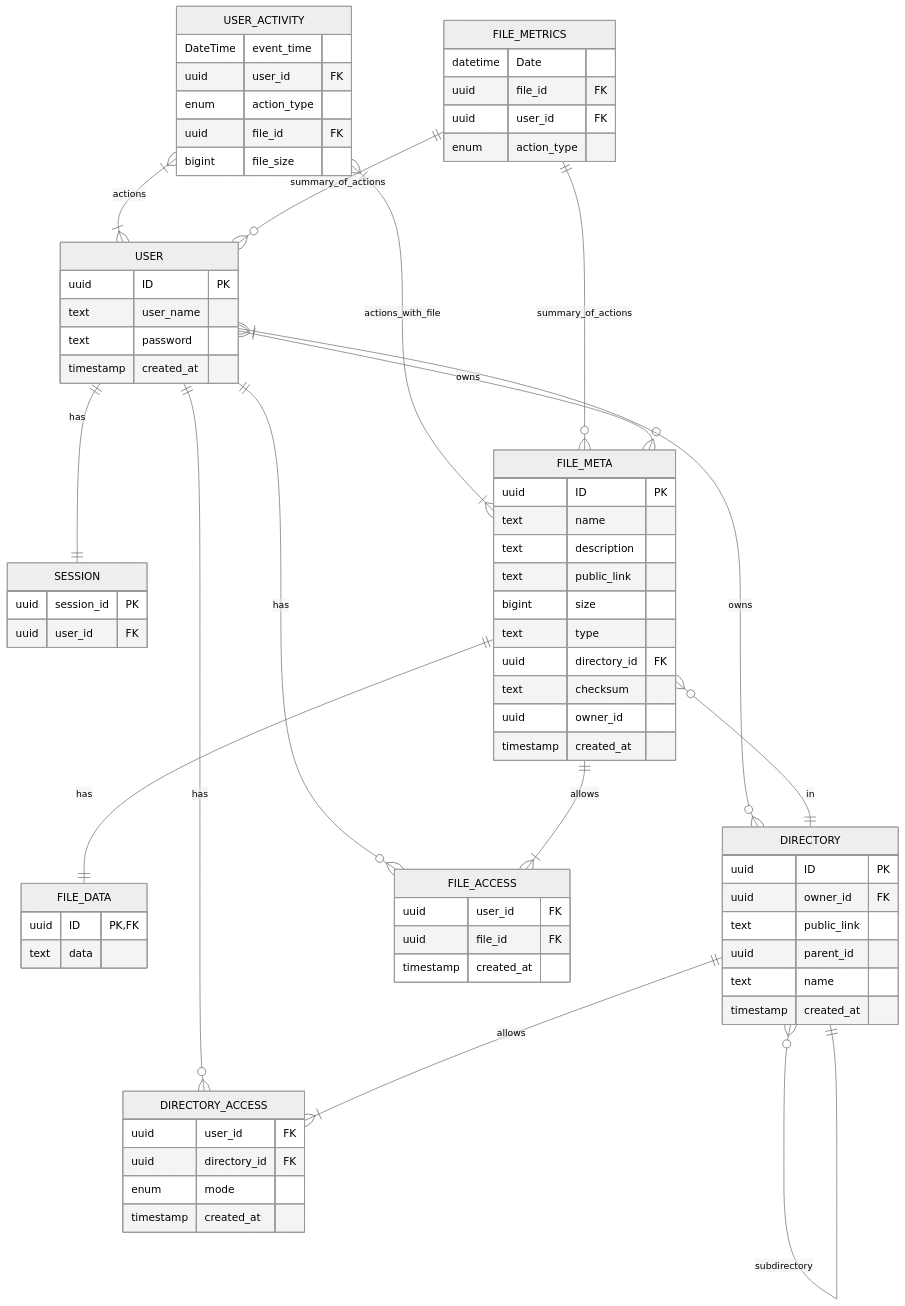
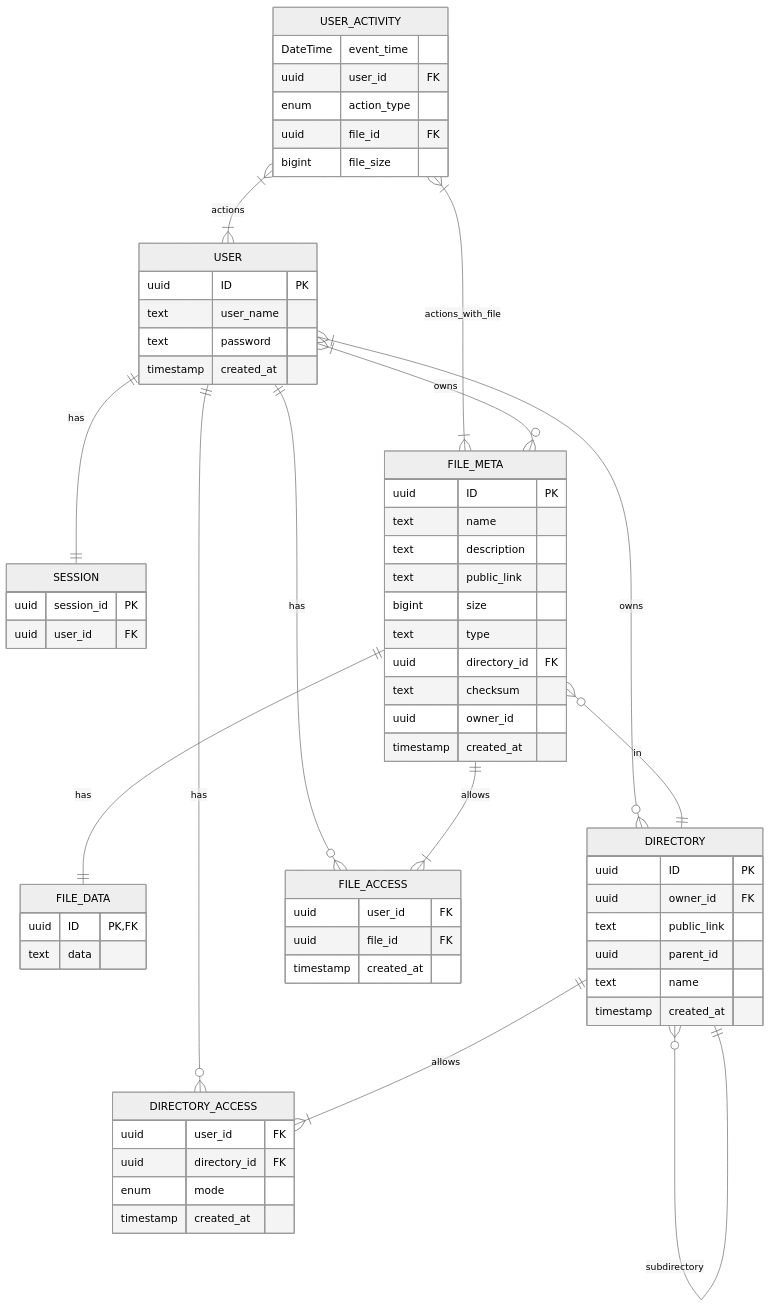
One commit to SlashLight/highload-cloud changed the second of 4 diagrams in README.md. Above: the diagram before and after it, drawn with Mermaid (neutral theme). The commit also changed other lines of this file, not shown here.

Commit message:
обновил физ схему

```diff
--- a/README.md
+++ b/README.md
@@ -223,16 +223,6 @@
 USER_ACTIVITY |{ -- }| USER : actions
 USER_ACTIVITY |{ -- }| FILE_META: actions_with_file
 
-FILE_METRICS{
-    datetime Date
-    uuid file_id FK
-    uuid user_id FK
-    enum action_type
-}
-
-FILE_METRICS ||--}o FILE_META : summary_of_actions
-FILE_METRICS ||--}o USER : summary_of_actions
-
 DIRECTORY{
     uuid ID PK
     uuid owner_id FK
```
